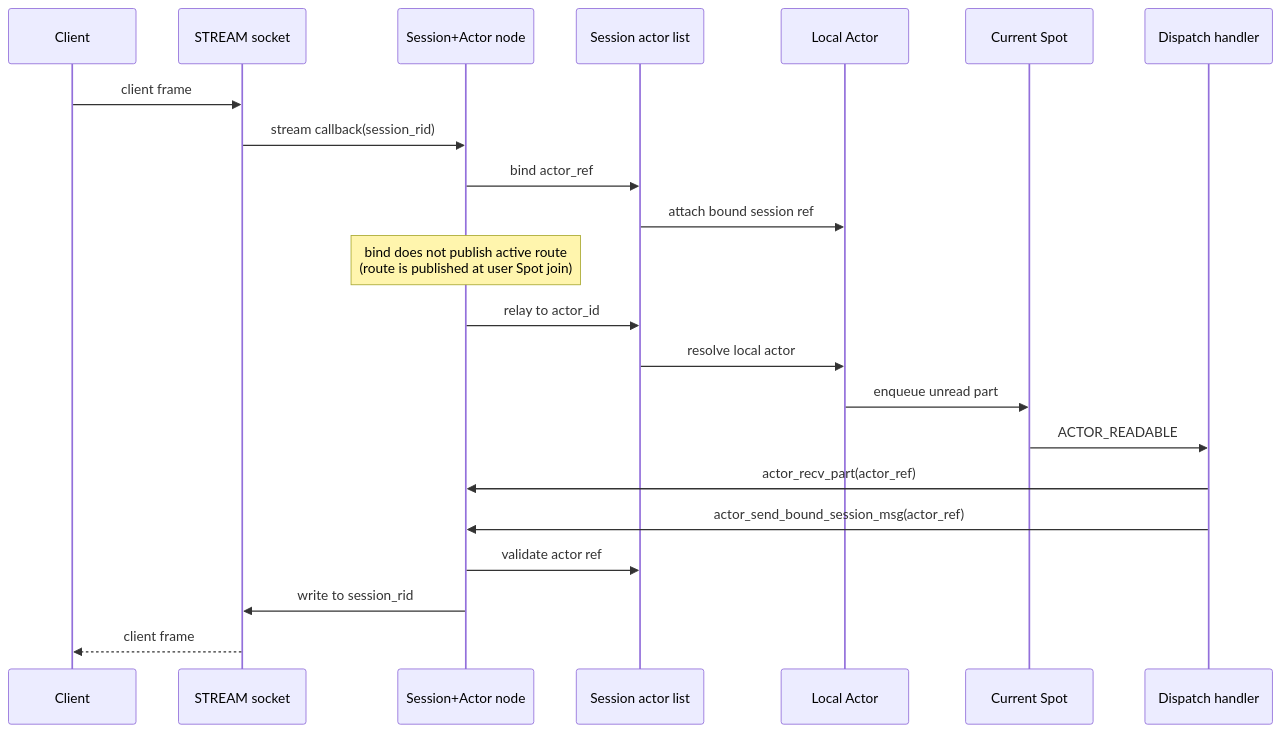
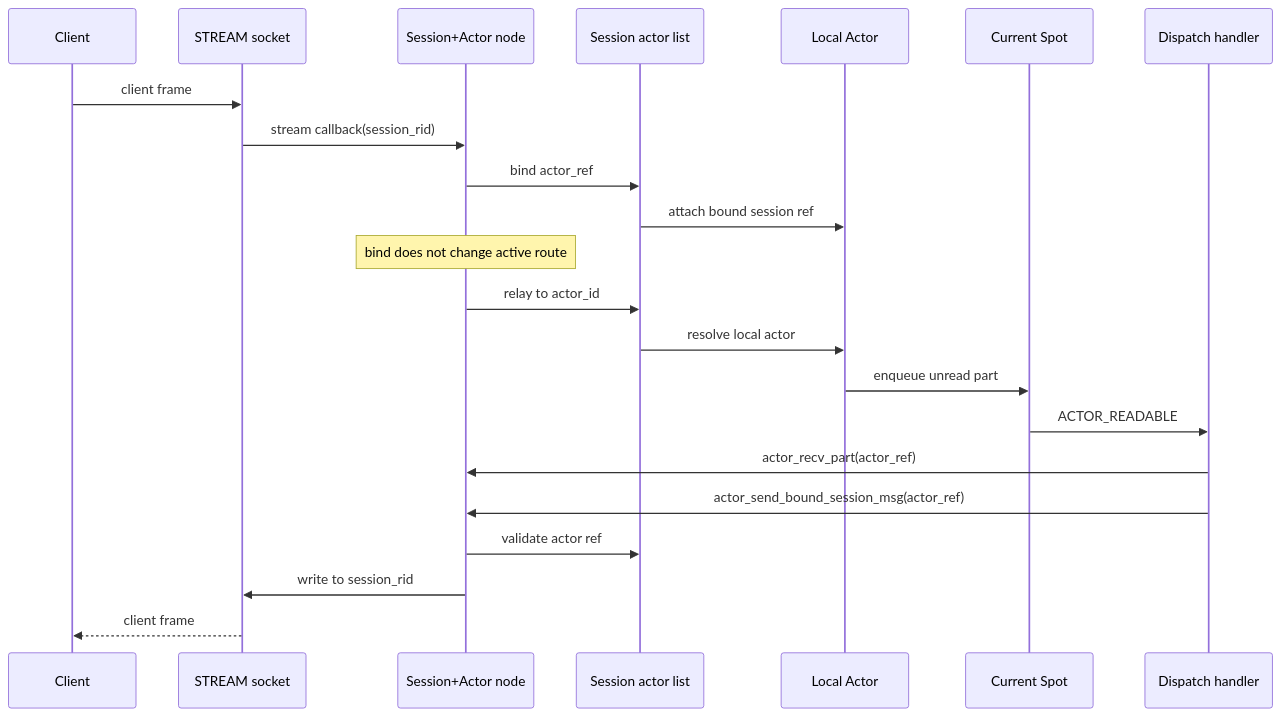
Before and after one commit to kairos-code-dev/zlink: the ninth of 12 diagrams in doc/internals/spot-internals.ko.md, drawn with Mermaid. The commit also changed other lines of this file and 194 other files, not shown here.

Commit message:
feat: add actor spot route discovery

````diff
--- a/doc/internals/spot-internals.ko.md
+++ b/doc/internals/spot-internals.ko.md
@@ -724,27 +725,27 @@
 ```mermaid
 sequenceDiagram
   participant Client
   participant Stream as STREAM socket
   participant Node as Session+Actor node
   participant List as Session actor list
   participant ActorObj as Local Actor
   participant Spot as Current Spot
   participant Handler as Dispatch handler
 
   Client->>Stream: client frame
   Stream->>Node: stream callback(session_rid)
   Node->>List: bind actor_ref
   List->>ActorObj: attach bound session ref
-  Note over Node: bind does not publish active route<br/>(route is published at user Spot join)
+  Note over Node: bind does not change active route
 
   Node->>List: relay to actor_id
   List->>ActorObj: resolve local actor
   ActorObj->>Spot: enqueue unread part
   Spot->>Handler: ACTOR_READABLE
   Handler->>Node: actor_recv_part(actor_ref)
 
   Handler->>Node: actor_send_bound_session_msg(actor_ref)
   Node->>List: validate actor ref
   Node->>Stream: write to session_rid
   Stream-->>Client: client frame
 ```
````
